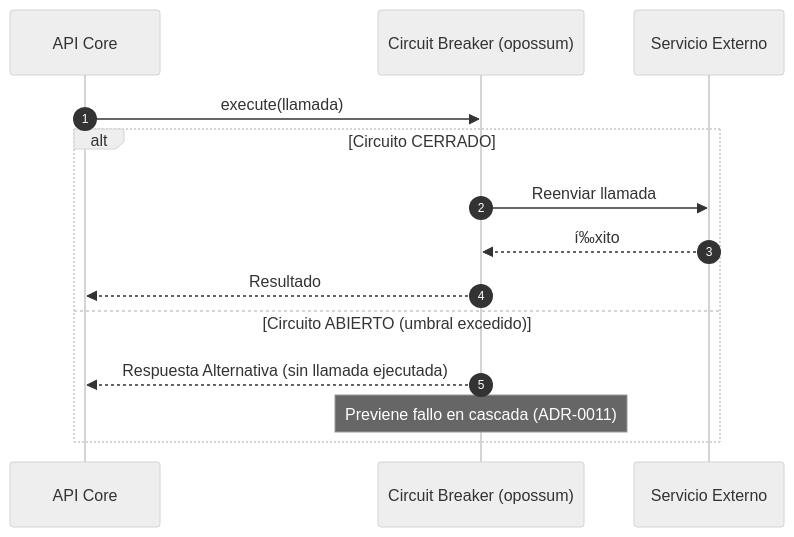
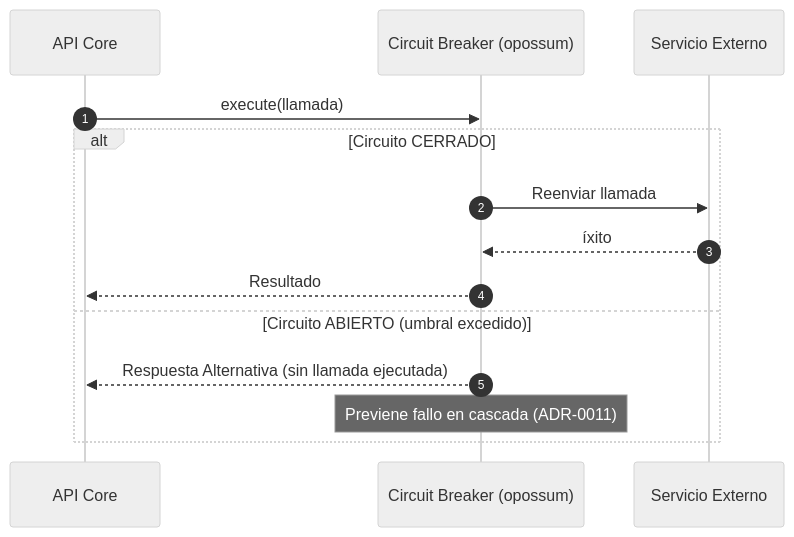
Before and after one commit to beyondnetcode/arc32_progresive_monolith: the fifth of 6 diagrams in architecture/blueprints-es/reference-blueprint.md, drawn with Mermaid (neutral theme). The commit also changed other lines of this file and 328 other files, not shown here.

Commit message:
chore: update and synchronize governance, architecture, and SDLC documentation across multiple languages

````diff
--- a/architecture/blueprints-es/reference-blueprint.md
+++ b/architecture/blueprints-es/reference-blueprint.md
@@ -322,17 +322,17 @@
 ```mermaid
 sequenceDiagram
-    autonumber
-    participant A as API Core
-    participant CB as Circuit Breaker (opossum)
-    participant Ext as Servicio Externo
+ autonumber
+ participant A as API Core
+ participant CB as Circuit Breaker (opossum)
+ participant Ext as Servicio Externo
 
-    A->>CB: execute(llamada)
-    alt Circuito CERRADO
-        CB->>Ext: Reenviar llamada
-        Ext-->>CB: í‰xito
-        CB-->>A: Resultado
-    else Circuito ABIERTO (umbral excedido)
-        CB-->>A: Respuesta Alternativa (sin llamada ejecutada)
-        Note over CB: Previene fallo en cascada (ADR-0011)
-    end
+ A->>CB: execute(llamada)
+ alt Circuito CERRADO
+ CB->>Ext: Reenviar llamada
+ Ext-->>CB: íxito
+ CB-->>A: Resultado
+ else Circuito ABIERTO (umbral excedido)
+ CB-->>A: Respuesta Alternativa (sin llamada ejecutada)
+ Note over CB: Previene fallo en cascada (ADR-0011)
+ end
 ```
````
